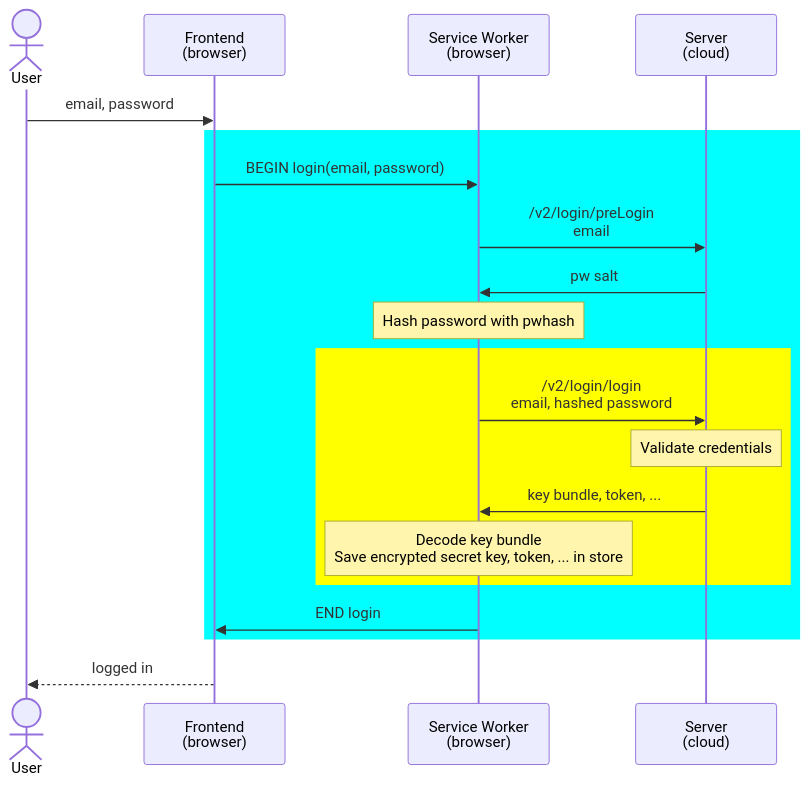
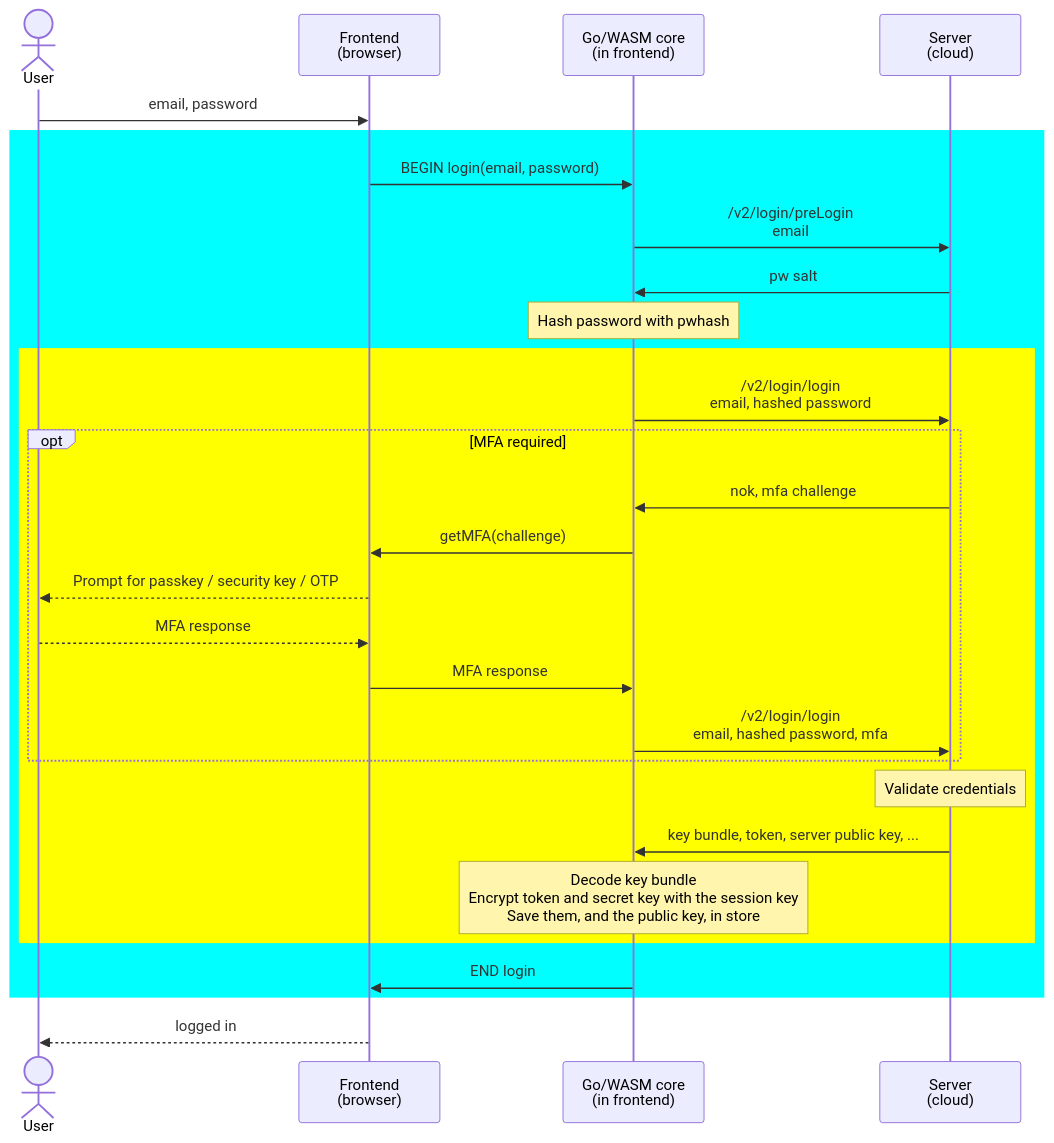
One commit to c2FmZQ/photos changed the sixth of 10 diagrams in docs/PWA.md. Above: the diagram before and after it, drawn with Mermaid. The commit also changed other lines of this file, not shown here.

First line of the commit message:
Update PWA.md account lifecycle and media diagrams for the Go/WASM core

````diff
--- a/docs/PWA.md
+++ b/docs/PWA.md
@@ -195,24 +195,32 @@
 ```mermaid
 sequenceDiagram
   actor A as User
   participant FE as Frontend<br>(browser)
-  participant SW as Service Worker<br>(browser)
+  participant W as Go/WASM core<br>(in frontend)
   participant BE as Server<br>(cloud)
 
   A->>FE: email, password
   rect cyan
-  FE->>SW: BEGIN login(email, password)
-  SW->>BE: /v2/login/preLogin<br>email
-  BE->>SW: pw salt
-  Note over SW: Hash password with pwhash
+  FE->>W: BEGIN login(email, password)
+  W->>BE: /v2/login/preLogin<br>email
+  BE->>W: pw salt
+  Note over W: Hash password with pwhash
   rect yellow
-    SW->>BE: /v2/login/login<br>email, hashed password
+    W->>BE: /v2/login/login<br>email, hashed password
+    opt MFA required
+      BE->>W: nok, mfa challenge
+      W->>FE: getMFA(challenge)
+      FE-->>A: Prompt for passkey / security key / OTP
+      A-->>FE: MFA response
+      FE->>W: MFA response
+      W->>BE: /v2/login/login<br>email, hashed password, mfa
+    end
     Note over BE: Validate credentials
-    BE->>SW: key bundle, token, ...
-    Note over SW: Decode key bundle<br>Save encrypted secret key, token, ... in store
+    BE->>W: key bundle, token, server public key, ...
+    Note over W: Decode key bundle<br>Encrypt token and secret key with the session key<br>Save them, and the public key, in store
   end
-  SW->>FE: END login
+  W->>FE: END login
   end
-  
+
   FE-->>A: logged in
 ```
````
